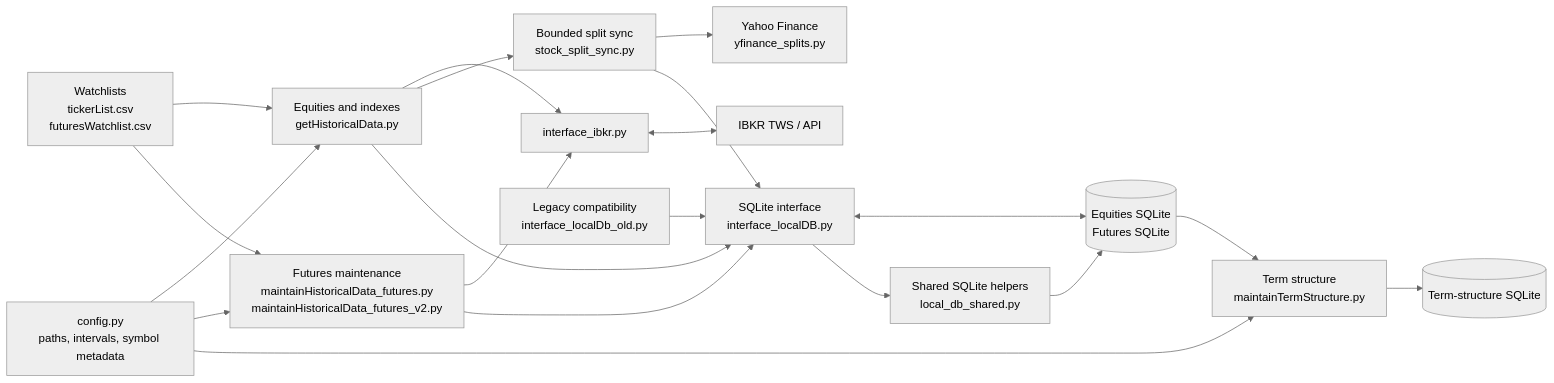
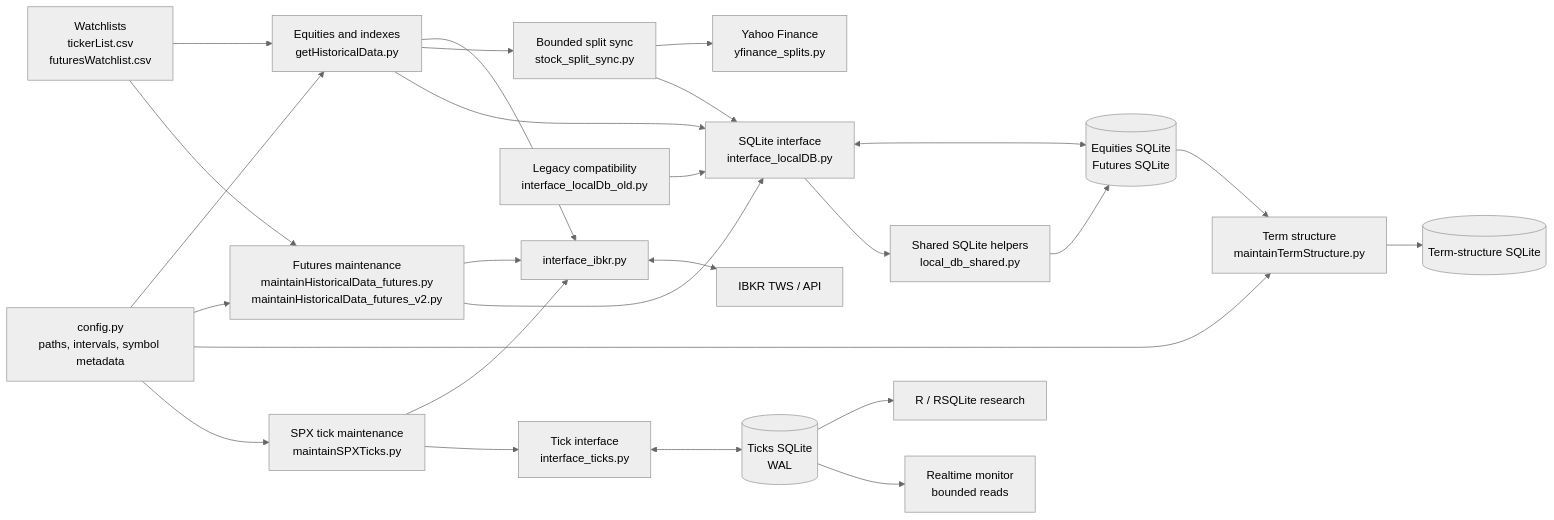
Before and after one commit to doomed51/saveHistoricalData: the first of 3 diagrams in docs/architecture.md, drawn with Mermaid (neutral theme). The commit also changed other lines of this file and 1 other file, not shown here.

Commit message:
docs: document SPX tick collection and operations

````diff
--- a/docs/architecture.md
+++ b/docs/architecture.md
@@ -7,25 +7,32 @@
 ```mermaid
 flowchart LR
     W["Watchlists<br/>tickerList.csv<br/>futuresWatchlist.csv"] --> E["Equities and indexes<br/>getHistoricalData.py"]
     W --> F["Futures maintenance<br/>maintainHistoricalData_futures.py<br/>maintainHistoricalData_futures_v2.py"]
     C["config.py<br/>paths, intervals, symbol metadata"] --> E
     C --> F
     C --> T["Term structure<br/>maintainTermStructure.py"]
+    C --> X["SPX tick maintenance<br/>maintainSPXTicks.py"]
 
     E --> I["interface_ibkr.py"]
     F --> I
+    X --> I
     I <--> B["IBKR TWS / API"]
 
     E --> Y["Bounded split sync<br/>stock_split_sync.py"]
     Y --> Z["Yahoo Finance<br/>yfinance_splits.py"]
     Y --> D
 
     E --> D["SQLite interface<br/>interface_localDB.py"]
     F --> D
     L["Legacy compatibility<br/>interface_localDb_old.py"] --> D
     D <--> S[("Equities SQLite<br/>Futures SQLite")]
     D --> H["Shared SQLite helpers<br/>local_db_shared.py"]
     H --> S
     S --> T
     T --> TS[("Term-structure SQLite")]
+
+    X --> K["Tick interface<br/>interface_ticks.py"]
+    K <--> TX[("Ticks SQLite<br/>WAL")]
+    TX --> R["R / RSQLite research"]
+    TX --> M["Realtime monitor<br/>bounded reads"]
 ```
````
